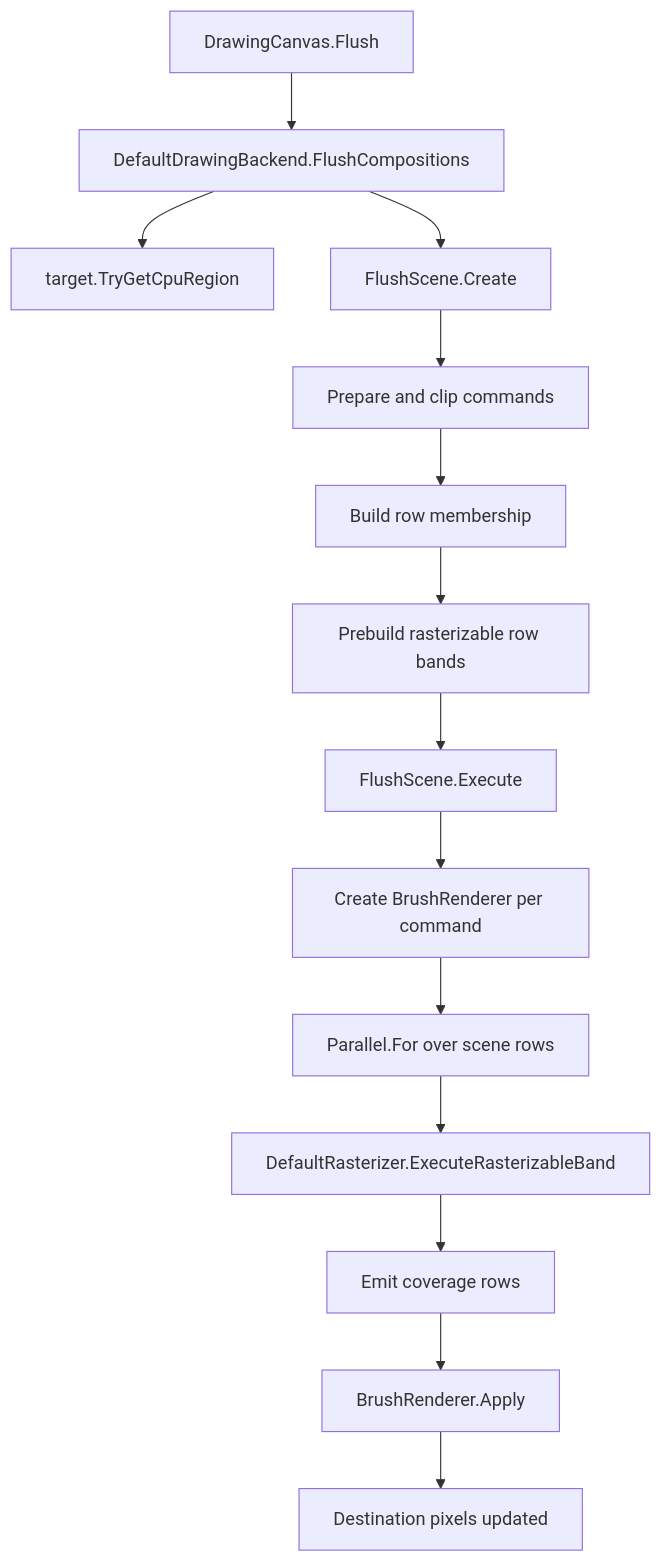
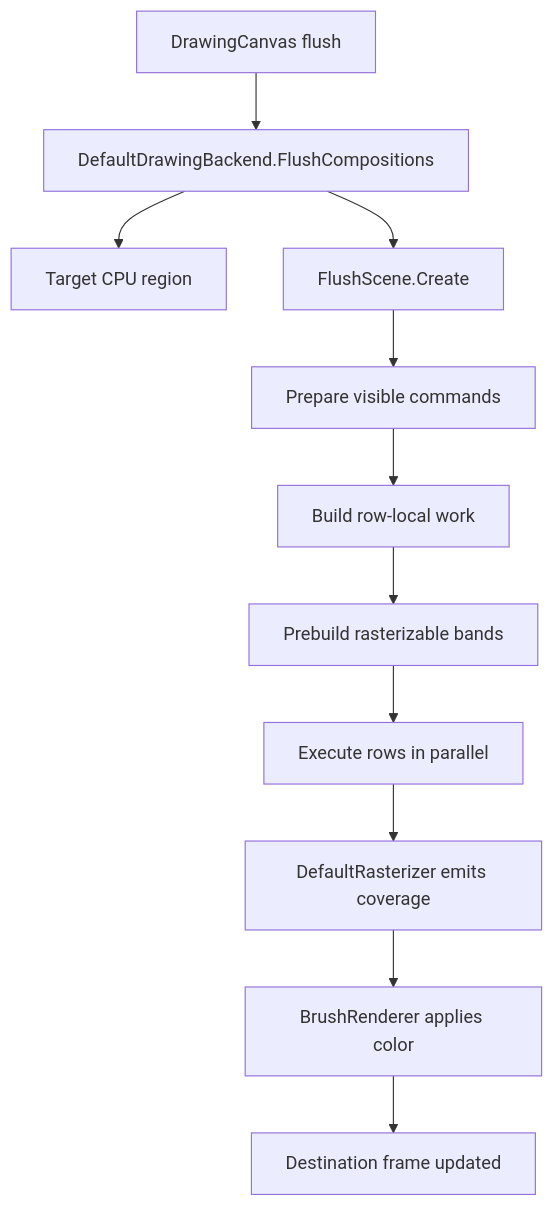
One commit to SixLabors/ImageSharp.Drawing changed the first of 7 diagrams in src/ImageSharp.Drawing/Processing/Backends/DEFAULT_DRAWING_BACKEND.md. Above: the diagram before and after it, drawn with Mermaid. The commit also changed other lines of this file and 12 other files, not shown here.

````diff
--- a/src/ImageSharp.Drawing/Processing/Backends/DEFAULT_DRAWING_BACKEND.md
+++ b/src/ImageSharp.Drawing/Processing/Backends/DEFAULT_DRAWING_BACKEND.md
@@ -37,16 +39,13 @@
 ```mermaid
 flowchart TD
-    A[DrawingCanvas.Flush] --> B[DefaultDrawingBackend.FlushCompositions]
-    B --> C[target.TryGetCpuRegion]
+    A[DrawingCanvas flush] --> B[DefaultDrawingBackend.FlushCompositions]
+    B --> C[Target CPU region]
     B --> D[FlushScene.Create]
-    D --> E[Prepare and clip commands]
-    E --> F[Build row membership]
-    F --> G[Prebuild rasterizable row bands]
-    G --> H[FlushScene.Execute]
-    H --> I[Create BrushRenderer per command]
-    I --> J[Parallel.For over scene rows]
-    J --> K[DefaultRasterizer.ExecuteRasterizableBand]
-    K --> L[Emit coverage rows]
-    L --> M[BrushRenderer.Apply]
-    M --> N[Destination pixels updated]
+    D --> E[Prepare visible commands]
+    E --> F[Build row-local work]
+    F --> G[Prebuild rasterizable bands]
+    G --> H[Execute rows in parallel]
+    H --> I[DefaultRasterizer emits coverage]
+    I --> J[BrushRenderer applies color]
+    J --> K[Destination frame updated]
 ```
````
